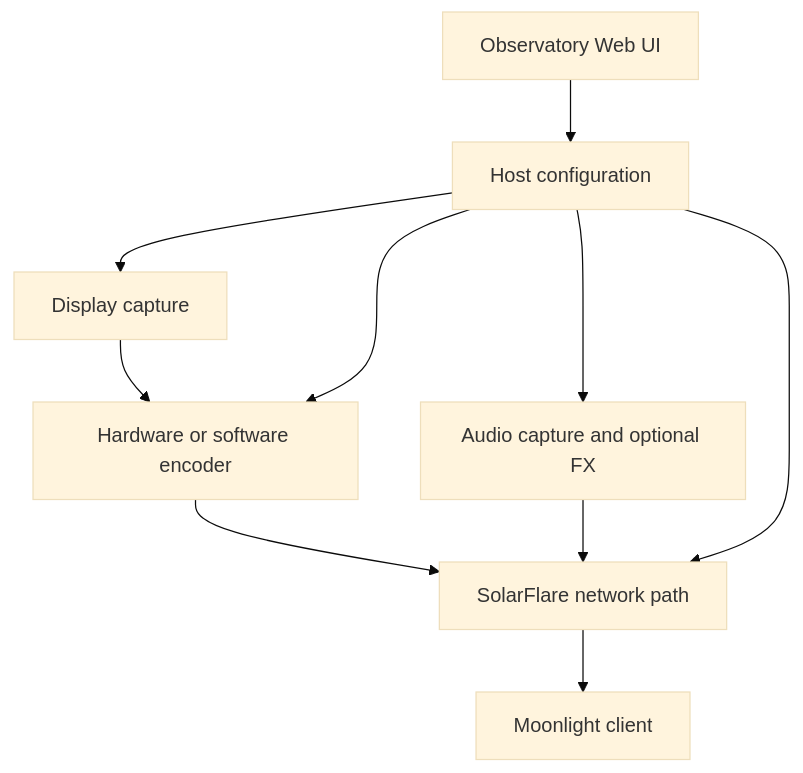
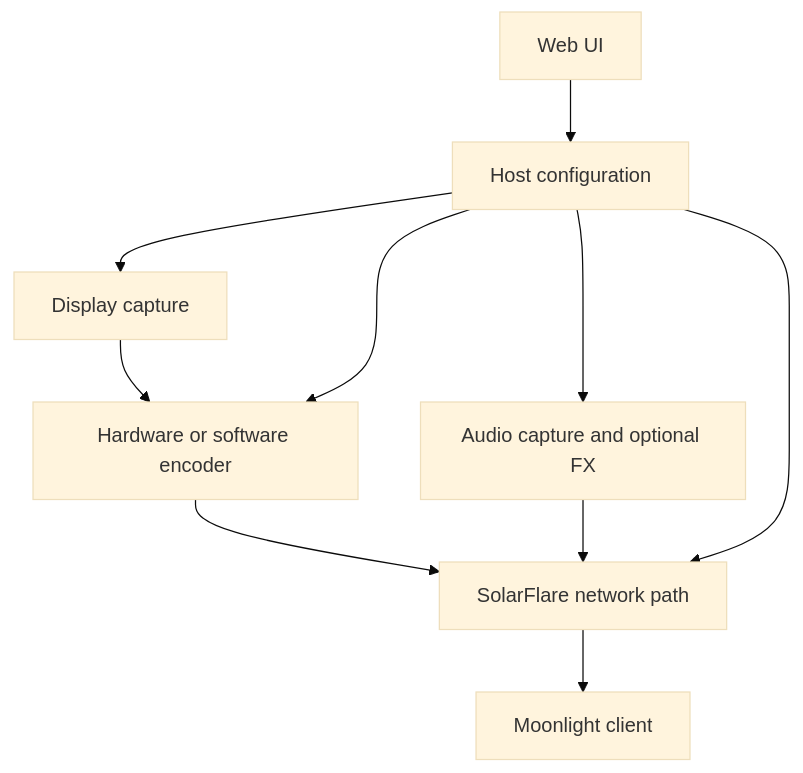
Before and after one commit to vindeckyy/Solar-Flare: the diagram in README.md, drawn with Mermaid (base theme). The commit also changed other lines of this file and 12 other files, not shown here.

````diff
--- a/README.md
+++ b/README.md
@@ -87,12 +87,12 @@
 ```mermaid
 flowchart TD
-  UI["Observatory Web UI"] --> CFG["Host configuration"]
+  UI["Web UI"] --> CFG["Host configuration"]
   CAP["Display capture"] --> ENC["Hardware or software encoder"]
   ENC --> NET["SolarFlare network path"]
   AUD["Audio capture and optional FX"] --> NET
   NET --> ML["Moonlight client"]
   CFG --> CAP
   CFG --> ENC
   CFG --> AUD
   CFG --> NET
 ```
````
